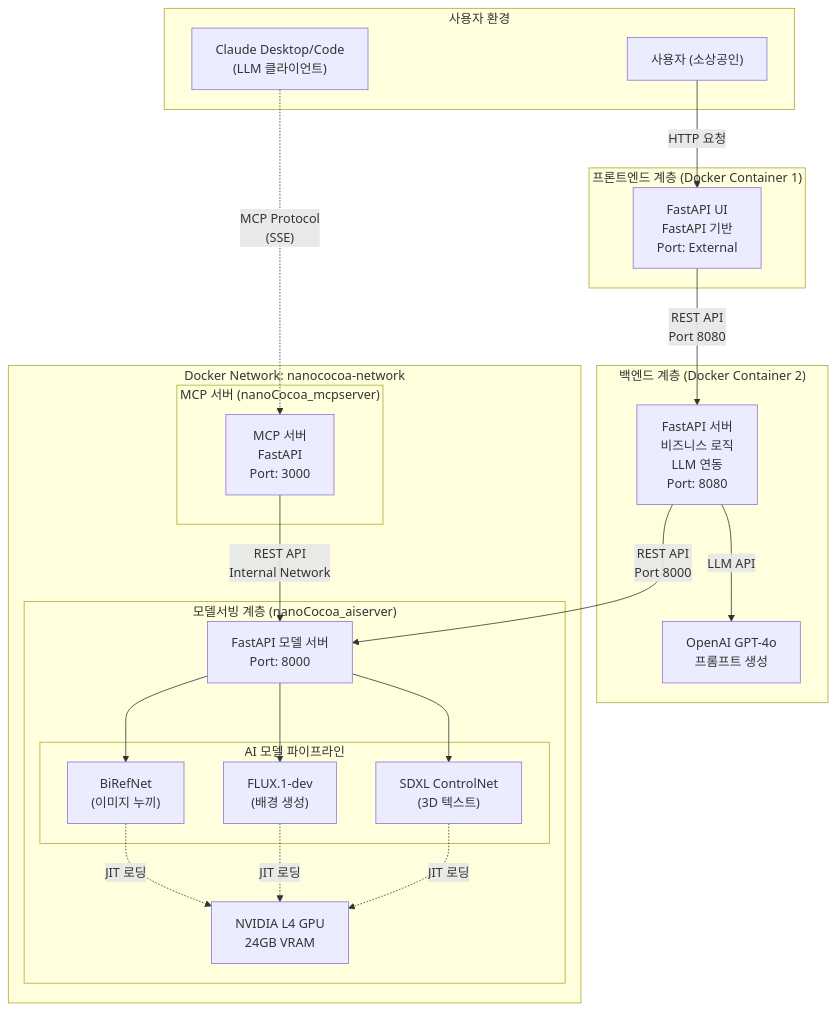
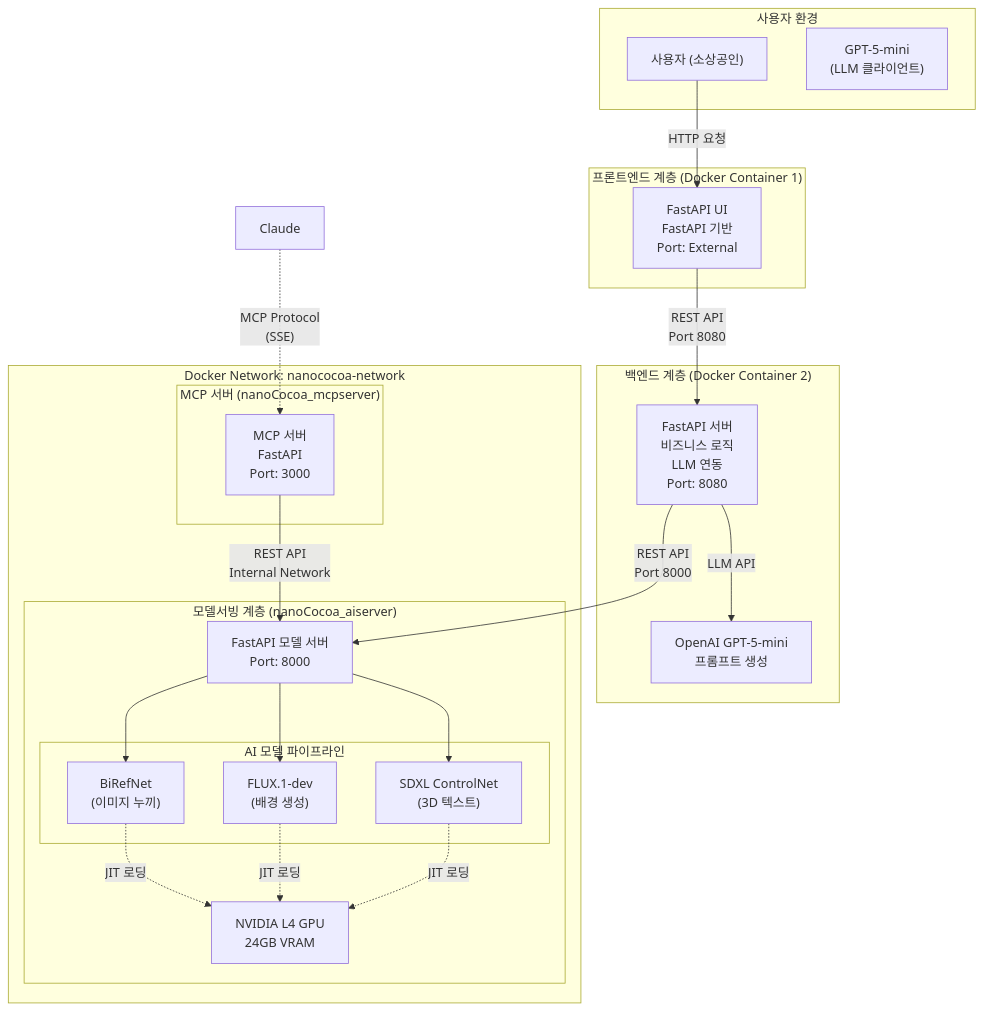
The first of 3 diagrams in docs/doc/아키텍처설계.md (krapnuyij/codeit-ai-3team-ad-content), drawn with Mermaid before and after one commit. The commit also changed other lines of this file and 3 other files, not shown here.

Commit message:
GPT-5-mini

````diff
--- a/docs/doc/아키텍처설계.md
+++ b/docs/doc/아키텍처설계.md
@@ -51,65 +51,65 @@
 ```mermaid
 graph TB
     subgraph "사용자 환경"
         User["사용자 (소상공인)"]
-        Claude["Claude Desktop/Code
+        GPT["GPT-5-mini
 (LLM 클라이언트)"]
     end
 
     subgraph "프론트엔드 계층 (Docker Container 1)"
         Frontend["FastAPI UI
 FastAPI 기반
 Port: External"]
     end
 
     subgraph "백엔드 계층 (Docker Container 2)"
         Backend["FastAPI 서버
 비즈니스 로직
 LLM 연동
 Port: 8080"]
-        LLM["OpenAI GPT-4o
+        LLM["OpenAI GPT-5-mini
 프롬프트 생성"]
     end
 
     subgraph "Docker Network: nanococoa-network"
         subgraph "MCP 서버 (nanoCocoa_mcpserver)"
             MCPServer["MCP 서버
 FastAPI
 Port: 3000"]
         end
 
         subgraph "모델서빙 계층 (nanoCocoa_aiserver)"
             ModelServer["FastAPI 모델 서버
 Port: 8000"]
 
             subgraph "AI 모델 파이프라인"
                 BiRefNet["BiRefNet
 (이미지 누끼)"]
                 FLUX["FLUX.1-dev
 (배경 생성)"]
                 SDXL["SDXL ControlNet
 (3D 텍스트)"]
             end
 
             GPU["NVIDIA L4 GPU
 24GB VRAM"]
         end
     end
 
     User -->|HTTP 요청| Frontend
     Frontend -->|"REST API
 Port 8080"| Backend
     Backend -->|LLM API| LLM
     Backend -->|"REST API
 Port 8000"| ModelServer
     Claude -.->|"MCP Protocol
 (SSE)"| MCPServer
     MCPServer -->|"REST API
 Internal Network"| ModelServer
     ModelServer --> BiRefNet
     ModelServer --> FLUX
     ModelServer --> SDXL
     BiRefNet -.->|JIT 로딩| GPU
     FLUX -.->|JIT 로딩| GPU
     SDXL -.->|JIT 로딩| GPU
 ```
````
